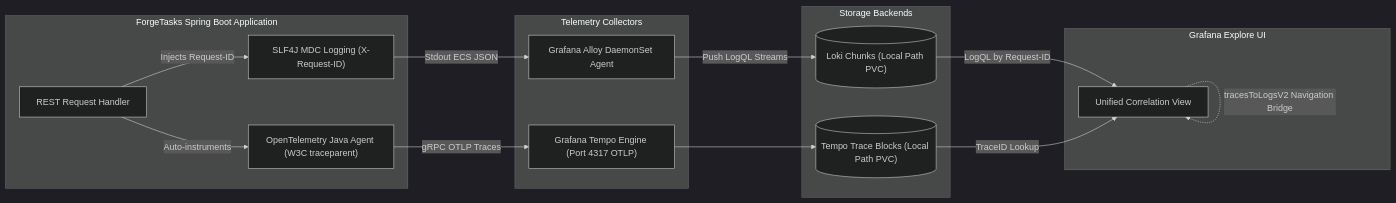
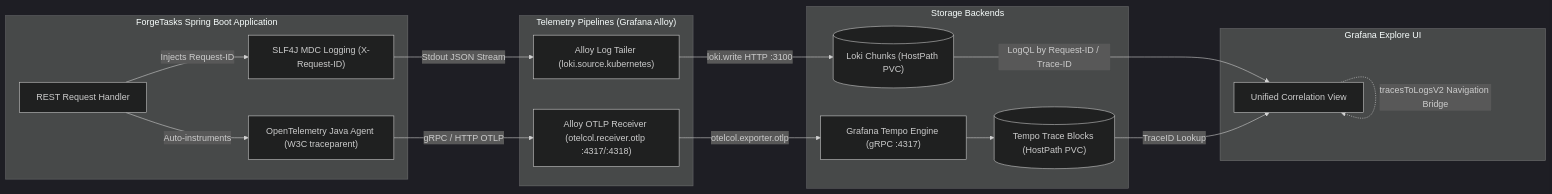
Before and after one commit to TM-threemavithana/ForgeOps: the fifth of 7 diagrams in docs/architecture/ARCHITECTURE_DIAGRAMS.md, drawn with Mermaid (dark theme). The commit also changed other lines of this file and 11 other files, not shown here.

Commit message:
docs(audit): reconcile component versions, service names, observability flow, and SRE/DR metrics

````diff
--- a/docs/architecture/ARCHITECTURE_DIAGRAMS.md
+++ b/docs/architecture/ARCHITECTURE_DIAGRAMS.md
@@ -211,34 +212,36 @@
 ```mermaid
 flowchart LR
     subgraph Workload["ForgeTasks Spring Boot Application"]
         App["REST Request Handler"]
         MDC["SLF4J MDC Logging (X-Request-ID)"]
         OTel["OpenTelemetry Java Agent (W3C traceparent)"]
 
         App -->|Injects Request-ID| MDC
         App -->|Auto-instruments| OTel
     end
 
-    subgraph TelemetryPipelines["Telemetry Collectors"]
-        Alloy["Grafana Alloy DaemonSet Agent"]
-        MDC -->|Stdout ECS JSON| Alloy
+    subgraph TelemetryPipelines["Telemetry Pipelines (Grafana Alloy)"]
+        AlloyOTLP["Alloy OTLP Receiver (otelcol.receiver.otlp :4317/:4318)"]
+        AlloyLogs["Alloy Log Tailer (loki.source.kubernetes)"]
 
-        TempoEngine["Grafana Tempo Engine (Port 4317 OTLP)"]
-        OTel -->|gRPC OTLP Traces| TempoEngine
+        OTel -->|"gRPC / HTTP OTLP"| AlloyOTLP
+        MDC -->|"Stdout JSON Stream"| AlloyLogs
     end
 
     subgraph Storage["Storage Backends"]
-        LokiChunks[("Loki Chunks (Local Path PVC)")]
-        TempoBlocks[("Tempo Trace Blocks (Local Path PVC)")]
+        TempoEngine["Grafana Tempo Engine (gRPC :4317)"]
+        TempoBlocks[("Tempo Trace Blocks (HostPath PVC)")]
+        LokiChunks[("Loki Chunks (HostPath PVC)")]
 
-        Alloy -->|Push LogQL Streams| LokiChunks
+        AlloyOTLP -->|"otelcol.exporter.otlp"| TempoEngine
         TempoEngine --> TempoBlocks
+        AlloyLogs -->|"loki.write HTTP :3100"| LokiChunks
     end
 
     subgraph GrafanaExplore["Grafana Explore UI"]
         UI["Unified Correlation View"]
-        LokiChunks -->|LogQL by Request-ID| UI
+        LokiChunks -->|LogQL by Request-ID / Trace-ID| UI
         TempoBlocks -->|TraceID Lookup| UI
         UI -.->|tracesToLogsV2 Navigation Bridge| UI
     end
 ```
````
